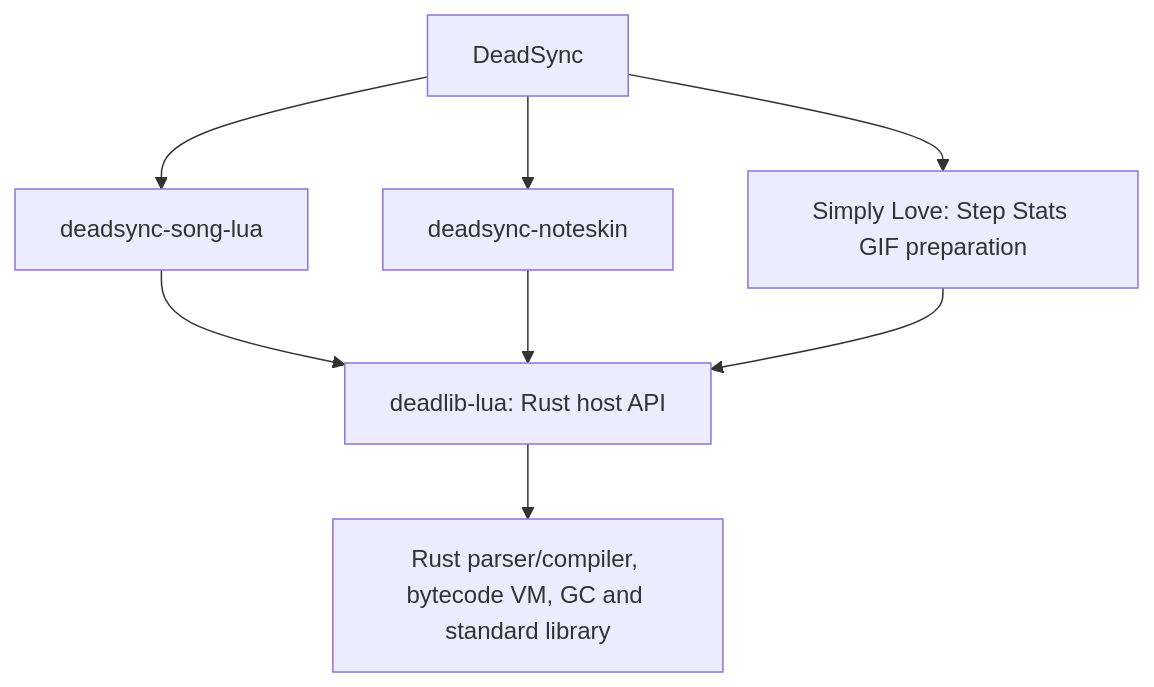
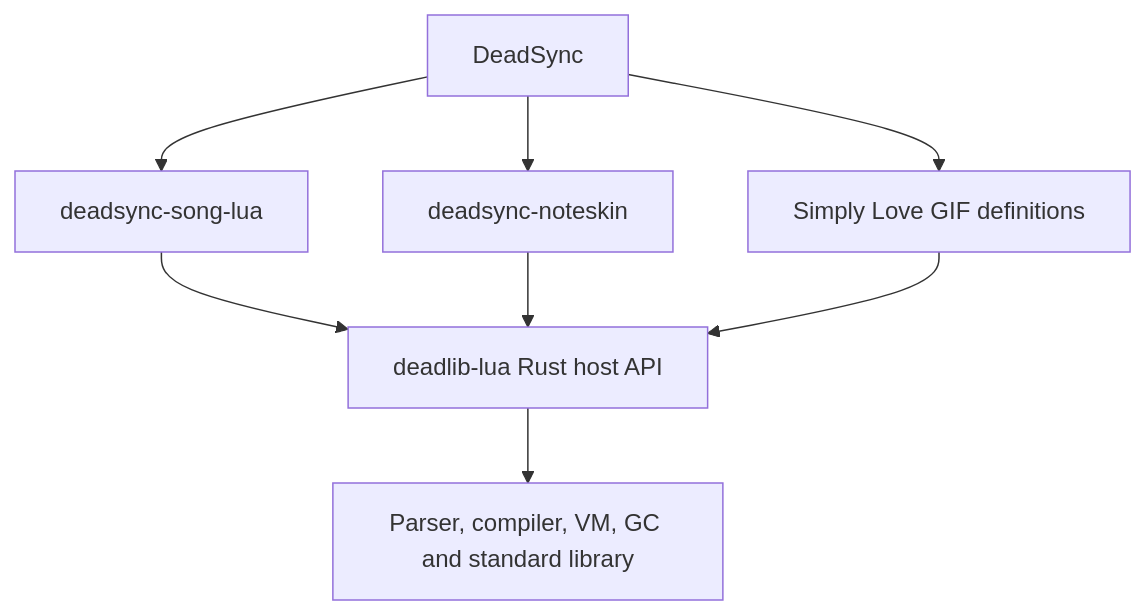
Before and after one commit to pnn64/deadsync: the diagram in docs/lua-architecture.md, drawn with Mermaid. The commit also changed other lines of this file and 14828 other files, not shown here.

````diff
--- a/docs/lua-architecture.md
+++ b/docs/lua-architecture.md
@@ -62,10 +5,10 @@
 ```mermaid
 flowchart TD
-    DeadSync --> Song["deadsync-song-lua"]
-    DeadSync --> Noteskin["deadsync-noteskin"]
-    DeadSync --> Theme["Simply Love: Step Stats GIF preparation"]
-    Song --> API["deadlib-lua: Rust host API"]
+    DeadSync --> Song[deadsync-song-lua]
+    DeadSync --> Noteskin[deadsync-noteskin]
+    DeadSync --> Theme[Simply Love GIF definitions]
+    Song --> API[deadlib-lua Rust host API]
     Noteskin --> API
     Theme --> API
-    API --> Core["Rust parser/compiler, bytecode VM, GC and standard library"]
+    API --> VM[Parser, compiler, VM, GC and standard library]
 ```
````
